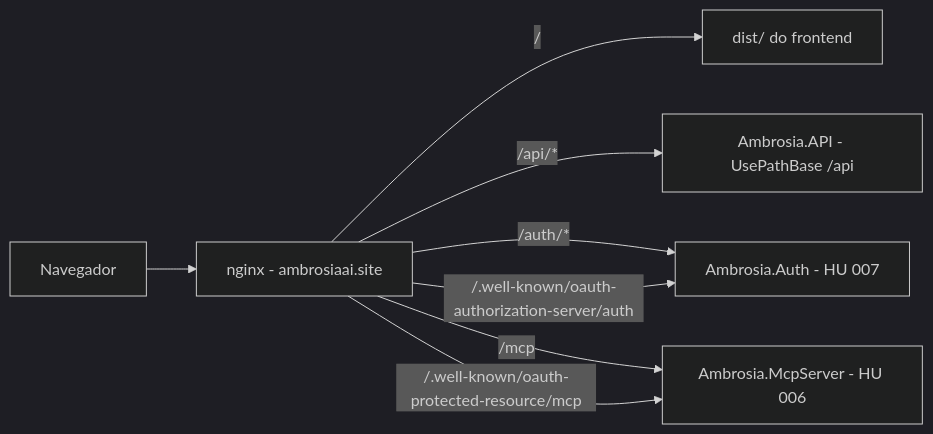
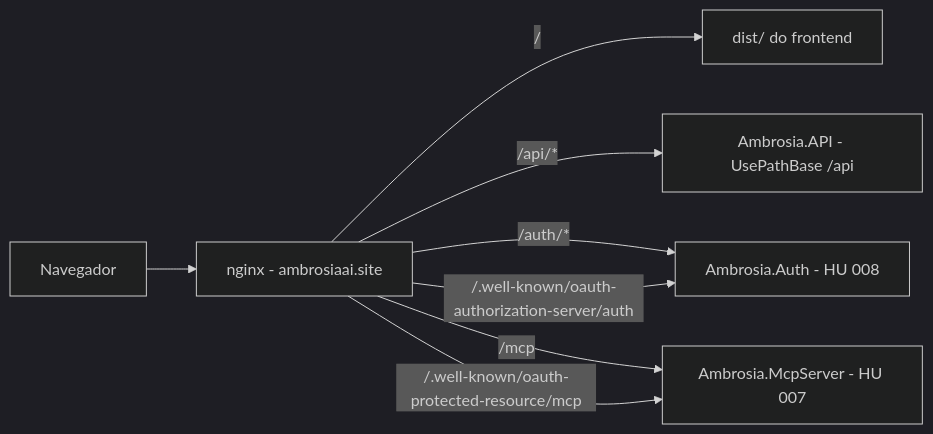
The first of 2 diagrams in docs/historias/002-frontend-web-perfil-cliente-pedidos.md (landim32/ambrosia), drawn with Mermaid (dark theme) before and after one commit. The commit also changed other lines of this file and 11 other files, not shown here.

````diff
--- a/docs/historias/002-frontend-web-perfil-cliente-pedidos.md
+++ b/docs/historias/002-frontend-web-perfil-cliente-pedidos.md
@@ -123,10 +123,10 @@
 ```mermaid
 flowchart LR
     N[Navegador] --> X[nginx - ambrosiaai.site]
     X -->|/| F[dist/ do frontend]
     X -->|/api/*| A[Ambrosia.API - UsePathBase /api]
-    X -->|/auth/*| S[Ambrosia.Auth - HU 007]
-    X -->|/mcp| MS[Ambrosia.McpServer - HU 006]
+    X -->|/auth/*| S[Ambrosia.Auth - HU 008]
+    X -->|/mcp| MS[Ambrosia.McpServer - HU 007]
     X -->|/.well-known/oauth-authorization-server/auth| S
     X -->|/.well-known/oauth-protected-resource/mcp| MS
 ```
````
